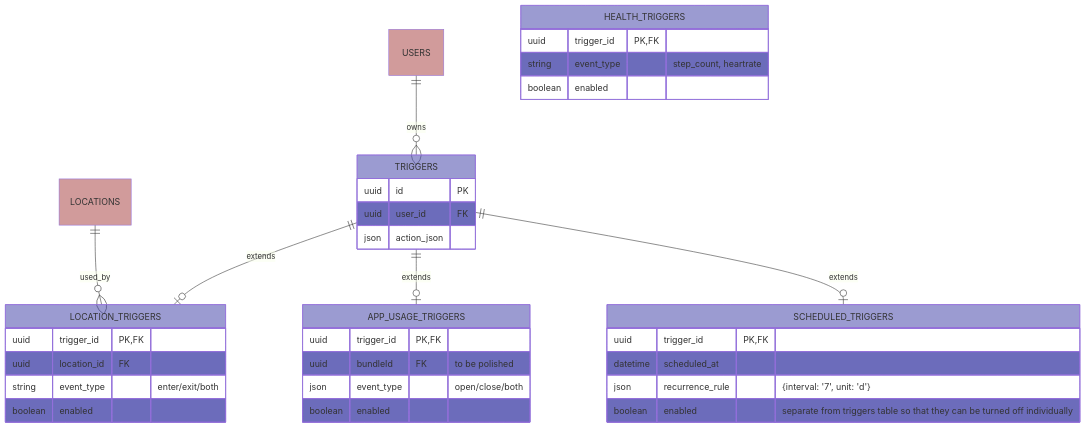
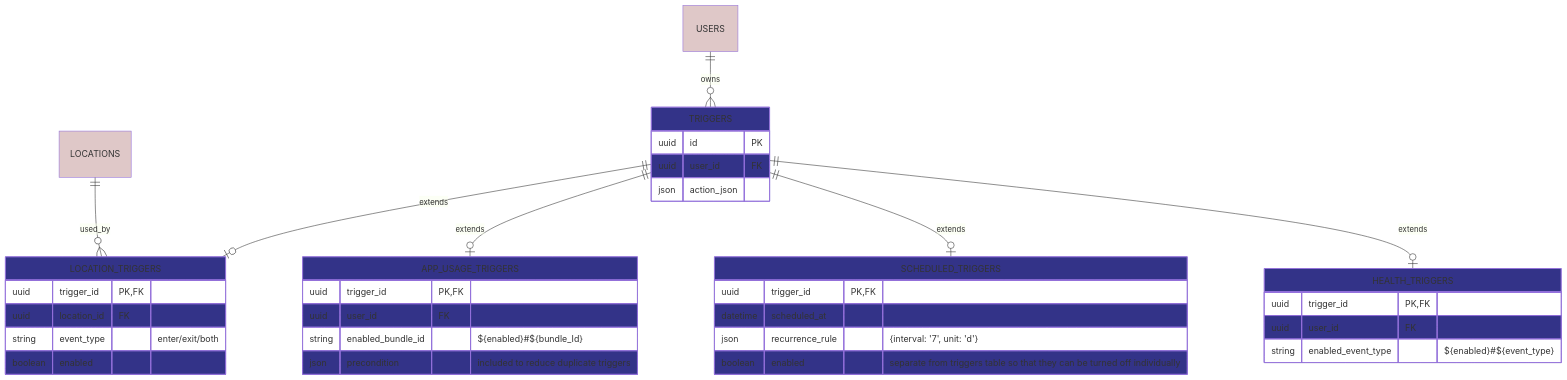
Before and after one commit to hadiahmad06/jiko: the fourth of 4 diagrams in backend/docs/erdiagram.md, drawn with Mermaid. The commit also changed other lines of this file and 3 other files, not shown here.

Commit message:
backend: docs: updated er diagrama and routes diagram, will reflect

````diff
--- a/backend/docs/erdiagram.md
+++ b/backend/docs/erdiagram.md
@@ -230,62 +240,38 @@
     LOCATIONS:::postgres
     USERS:::postgres
 
-    %%ACTIONS:::dynamodb {
-    %%    uuid id PK
-    %%    uuid user_id FK
-    %%    json definition
-        %%string type "start_activity, end_activity, llm_call"
-        %%json edges "[{condition:'success', action_id:'act-2'}]"
-        %%json payload
-    %%}
-
-    %%CONDITIONS:::dynamodb {
-    %%    uuid id PK
-    %%    uuid user_id FK
-    %%    json definition
-    %%    %%string expression "health.getLast(heartrate) < 60"
-    %%}
-
-    %%NESTED_CONDITIONS:::dynamodb {
-    %%    uuid parent_cond_id FK
-    %%    string type "NOT, AND, OR, XOR"
-    %%    uuid l_cond_id FK
-    %%    uuid r_cond_id FK
-    %%}
-
-    TRIGGERS:::dynamodb {
+    TRIGGERS:::dynamodb_ {
         uuid id PK
         uuid user_id FK
         json action_json
-    %%    uuid action_id FK
-    %%    uuid condition_id FK 
     }
 
-    SCHEDULED_TRIGGERS:::dynamodb {
+    SCHEDULED_TRIGGERS:::dynamodb_ {
         uuid trigger_id PK, FK
         datetime scheduled_at
         json recurrence_rule "{interval: '7', unit: 'd'}"
         boolean enabled "separate from triggers table so that they can be turned off individually"
     }
 
-    LOCATION_TRIGGERS:::dynamodb {
+    %% include user_id beacuse it makes the query faster since its based on sync updates.
+    LOCATION_TRIGGERS:::dynamodb_ {
         uuid trigger_id PK, FK
         uuid location_id FK
         string event_type "enter/exit/both"
         boolean enabled
     }
 
-    APP_USAGE_TRIGGERS:::dynamodb {
+    APP_USAGE_TRIGGERS:::dynamodb_ {
         uuid trigger_id PK, FK
-        uuid bundleId FK "to be polished"
-        json event_type "open/close/both"
-        boolean enabled
+        uuid user_id FK
+        string enabled_bundle_id "${enabled}#${bundle_Id}"
+        json precondition "included to reduce duplicate triggers"
     }
 
-    HEALTH_TRIGGERS:::dynamodb {
+    HEALTH_TRIGGERS:::dynamodb_ {
         uuid trigger_id PK, FK
-        string event_type "step_count, heartrate"
-        boolean enabled
+        uuid user_id FK 
+        string enabled_event_type "${enabled}#${event_type}"
     }
 
     %%USERS ||--o{ ACTIONS : "owns"
@@ -299,11 +285,14 @@
     TRIGGERS ||--o| LOCATION_TRIGGERS : "extends"
     TRIGGERS ||--o| APP_USAGE_TRIGGERS : "extends"
     TRIGGERS ||--o| SCHEDULED_TRIGGERS : "extends"
+    TRIGGERS ||--o| HEALTH_TRIGGERS : "extends"
 
     %%CONDITIONS ||--o| NESTED_CONDITIONS : "extends"
     %%NESTED_CONDITIONS ||--o| NESTED_CONDITIONS : "uses"
 
 
-    classDef postgres fill:#a448
-    classDef dynamodb fill:#44a8
+    classDef postgres fill:#8334
+    classDef dynamodb fill:#3384
+    classDef postgres_ fill:#833
+    classDef dynamodb_ fill:#338
 ```
````
